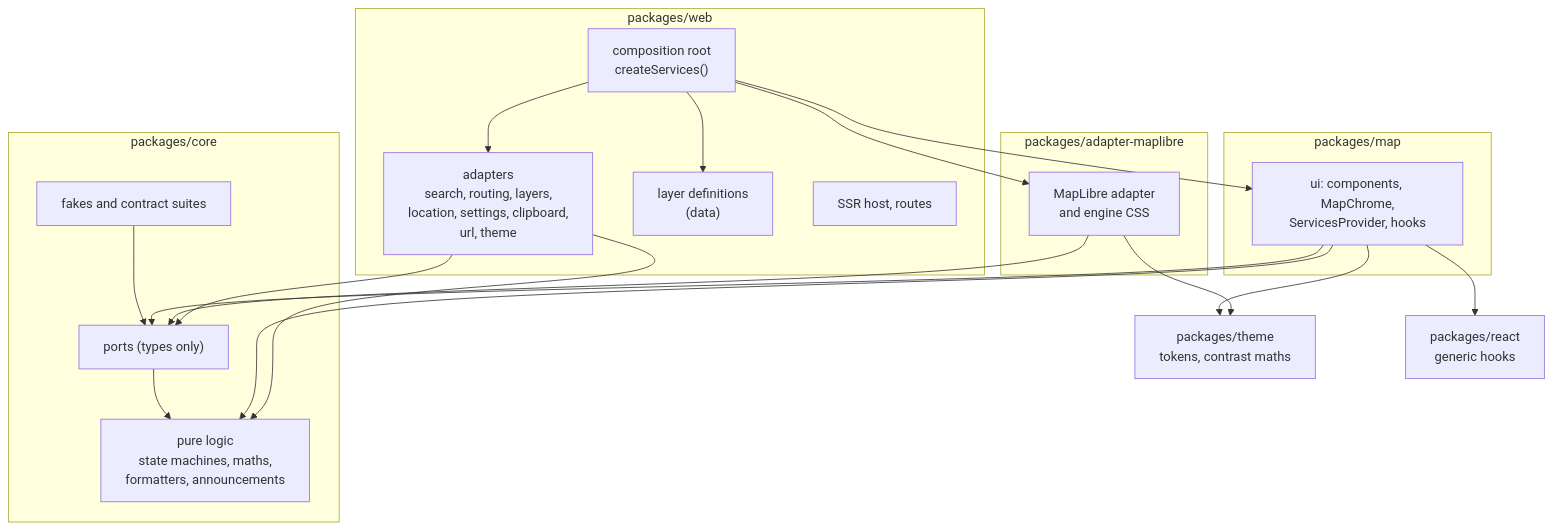
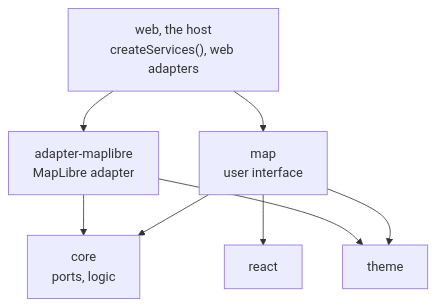
One commit to MapCairn/mapcairn changed the first of 3 diagrams in ARCHITECTURE.md. Above: the diagram before and after it, drawn with Mermaid. The commit also changed other lines of this file and 8 other files, not shown here.

First line of the commit message:
docs: draw short vertical diagrams that fit a phone

````diff
--- a/ARCHITECTURE.md
+++ b/ARCHITECTURE.md
@@ -5,36 +5,16 @@
 ```mermaid
 flowchart TD
-  subgraph web["packages/web"]
-    root["composition root<br/>createServices()"]
-    adapters["adapters<br/>search, routing, layers,<br/>location, settings, clipboard,<br/>url, theme"]
-    definitions["layer definitions<br/>(data)"]
-    host["SSR host, routes"]
-  end
-  subgraph maplibre["packages/adapter-maplibre"]
-    engine["MapLibre adapter<br/>and engine CSS"]
-  end
-  subgraph map["packages/map"]
-    ui["ui: components, MapChrome,<br/>ServicesProvider, hooks"]
-  end
-  subgraph core["packages/core"]
-    ports["ports (types only)"]
-    logic["pure logic<br/>state machines, maths,<br/>formatters, announcements"]
-    fakes["fakes and contract suites"]
-  end
-  theme["packages/theme<br/>tokens, contrast maths"]
-  react["packages/react<br/>generic hooks"]
-  root --> adapters
-  root --> engine
-  root --> definitions
-  root --> ui
-  adapters --> ports
-  adapters --> logic
-  engine --> ports
-  engine --> theme
-  ui --> ports
-  ui --> logic
-  ui --> theme
-  ui --> react
-  ports --> logic
-  fakes --> ports
+  web["web, the host<br/>createServices(), web adapters"]
+  map["map<br/>user interface"]
+  maplibre["adapter-maplibre<br/>MapLibre adapter"]
+  core["core<br/>ports, logic"]
+  theme["theme"]
+  react["react"]
+  web --> map
+  web --> maplibre
+  map --> core
+  map --> theme
+  map --> react
+  maplibre --> core
+  maplibre --> theme
 ```
````
